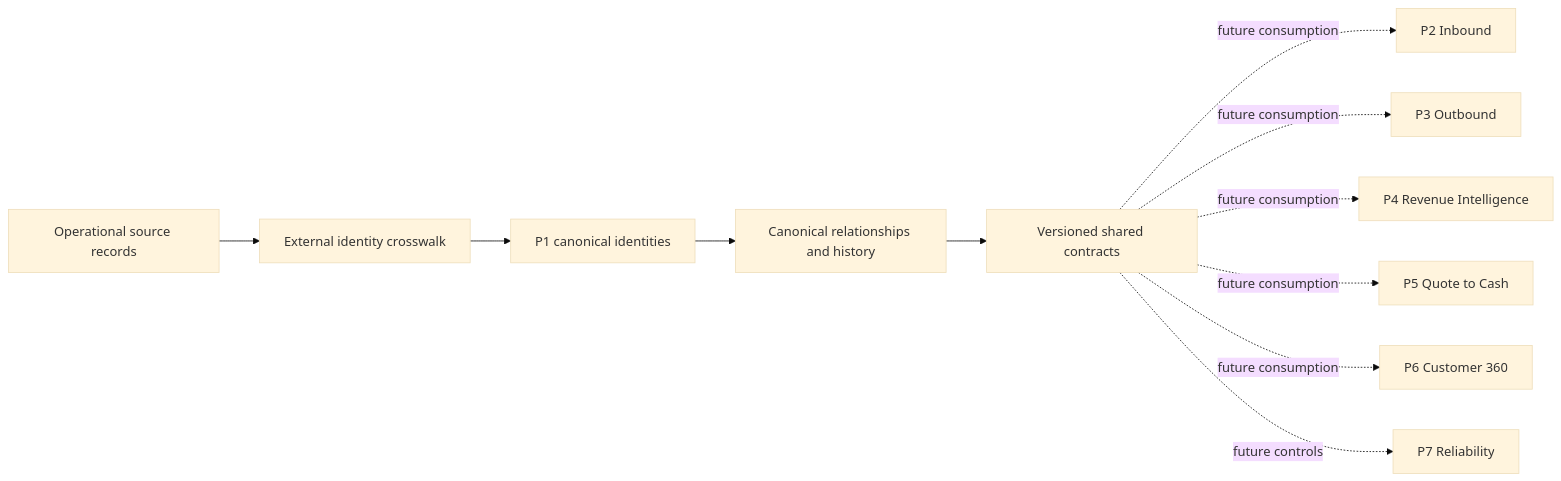
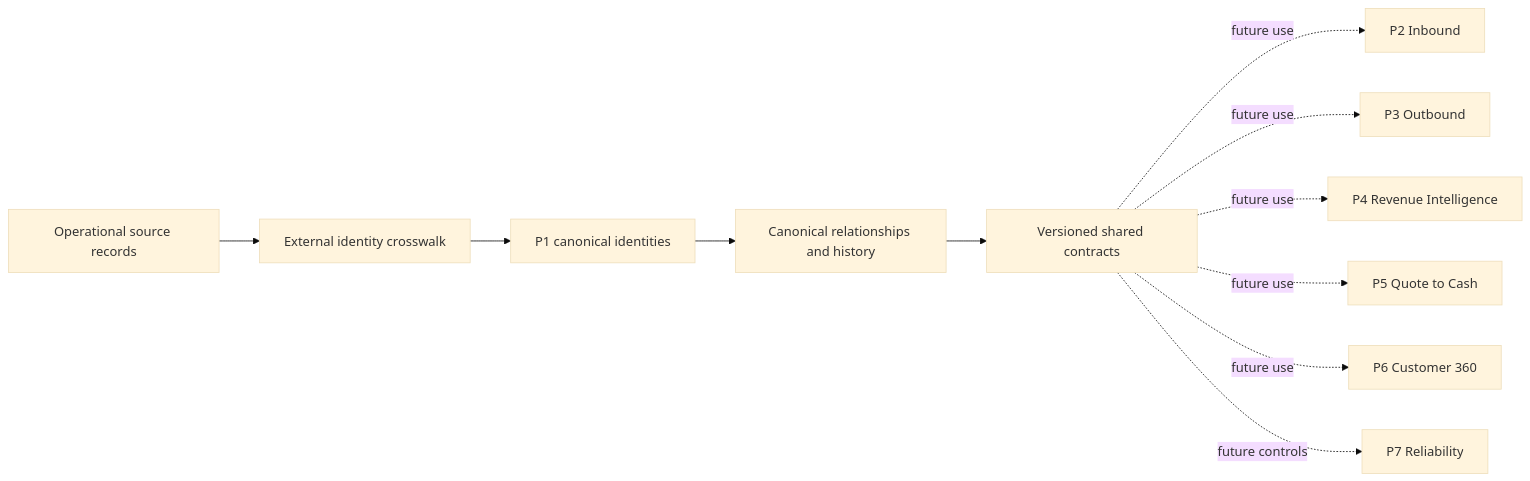
One commit to BsdSaiPrasad/GTM_codex changed the diagram in docs/MASTER_ARCHITECTURE.md. Above: the diagram before and after it, drawn with Mermaid (base theme). The commit also changed other lines of this file and 18 other files, not shown here.

````diff
--- a/docs/MASTER_ARCHITECTURE.md
+++ b/docs/MASTER_ARCHITECTURE.md
@@ -19,13 +17,13 @@
 ```mermaid
 flowchart LR
   S[Operational source records] --> X[External identity crosswalk]
   X --> C[P1 canonical identities]
   C --> R[Canonical relationships and history]
   R --> K[Versioned shared contracts]
-  K -. future consumption .-> P2[P2 Inbound]
-  K -. future consumption .-> P3[P3 Outbound]
-  K -. future consumption .-> P4[P4 Revenue Intelligence]
-  K -. future consumption .-> P5[P5 Quote to Cash]
-  K -. future consumption .-> P6[P6 Customer 360]
+  K -. future use .-> P2[P2 Inbound]
+  K -. future use .-> P3[P3 Outbound]
+  K -. future use .-> P4[P4 Revenue Intelligence]
+  K -. future use .-> P5[P5 Quote to Cash]
+  K -. future use .-> P6[P6 Customer 360]
   K -. future controls .-> P7[P7 Reliability]
 ```
````
